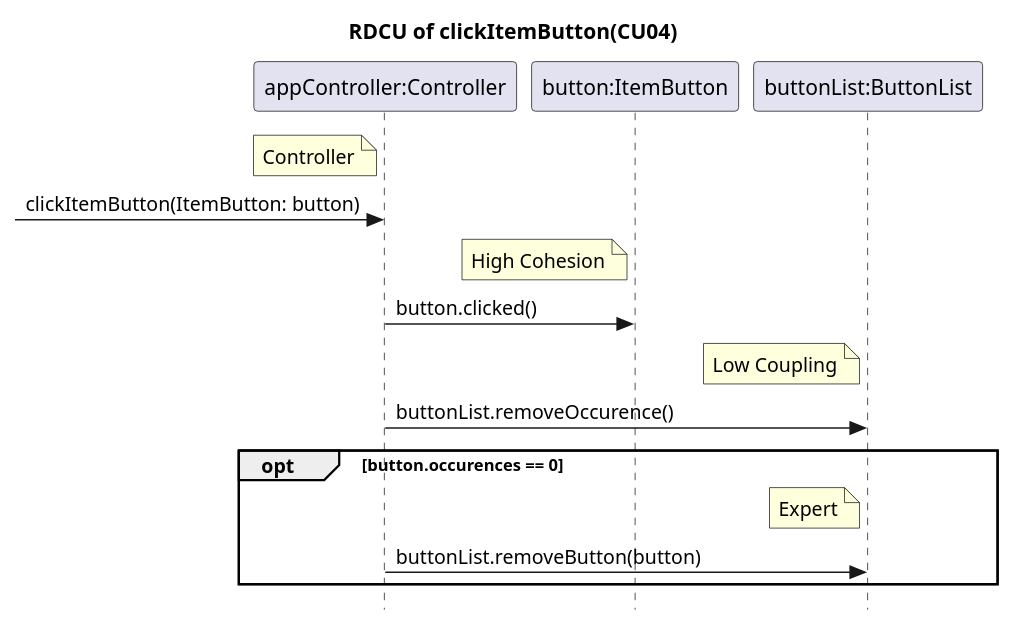
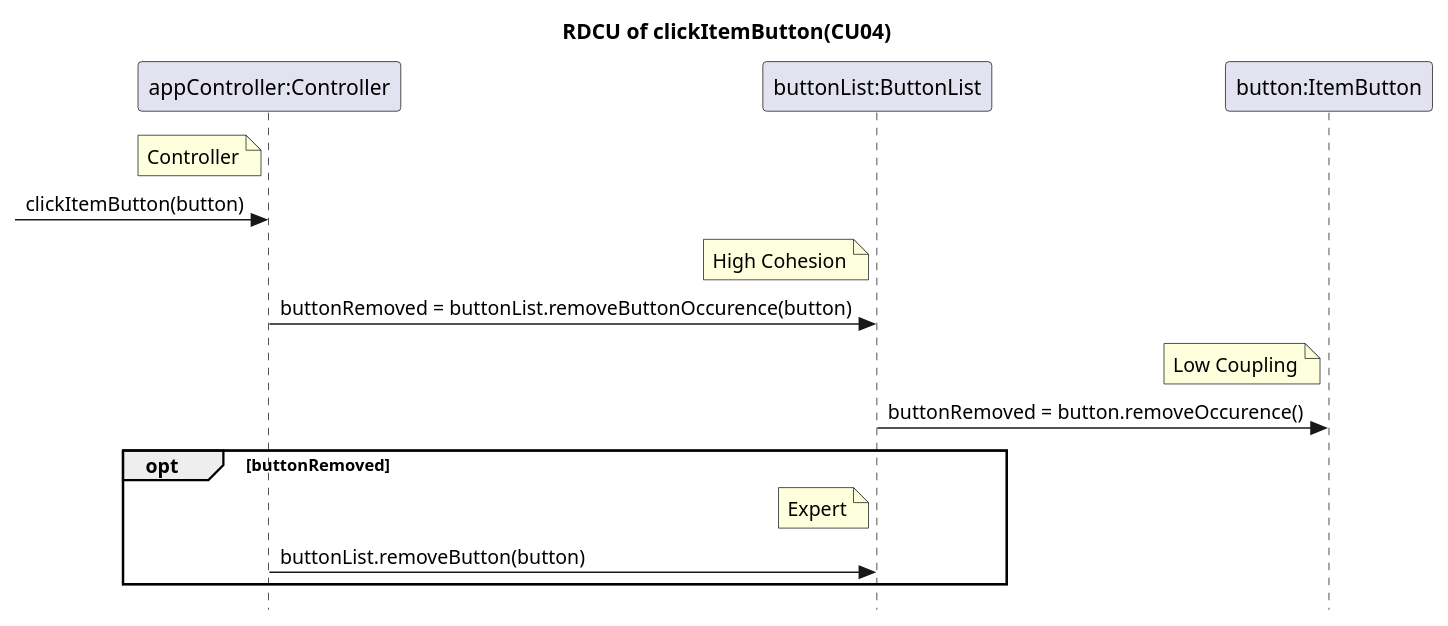
The first of 2 diagrams in docs/RDCU/cu04_RemoveItem_rdcus.puml (vexys001/RandoTracker), drawn with PlantUML before and after one commit. The commit also changed 1 other file, not shown here.

```diff
--- a/docs/RDCU/cu04_RemoveItem_rdcus.puml
+++ b/docs/RDCU/cu04_RemoveItem_rdcus.puml
@@ -1,24 +1,24 @@
 @startuml
 skinparam style strictuml
 skinparam defaultfontname Verdana
 title RDCU of clickItemButton(CU04)
 
 participant "appController:Controller" as ac
-participant "button:ItemButton" as b 
 participant "buttonList:ButtonList" as bl
+participant "button:ItemButton" as b
 
 note left of ac: Controller
-->ac : clickItemButton(ItemButton: button)
+->ac : clickItemButton(button)
 
-note left of b: High Cohesion
-ac->b : button.clicked()
+note left of bl: High Cohesion
+ac->bl : buttonRemoved = buttonList.removeButtonOccurence(button)
 
-note left of bl: Low Coupling
-ac->bl: buttonList.removeOccurence()
+note left of b: Low Coupling
+bl->b: buttonRemoved = button.removeOccurence()
 
-opt button.occurences == 0
+opt buttonRemoved
     note left of bl: Expert
     ac->bl : buttonList.removeButton(button)
 end opt
 
 @enduml
```
